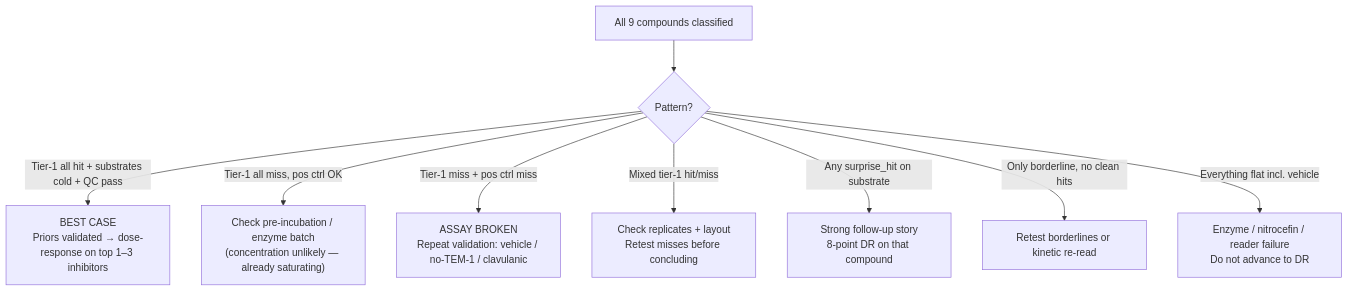
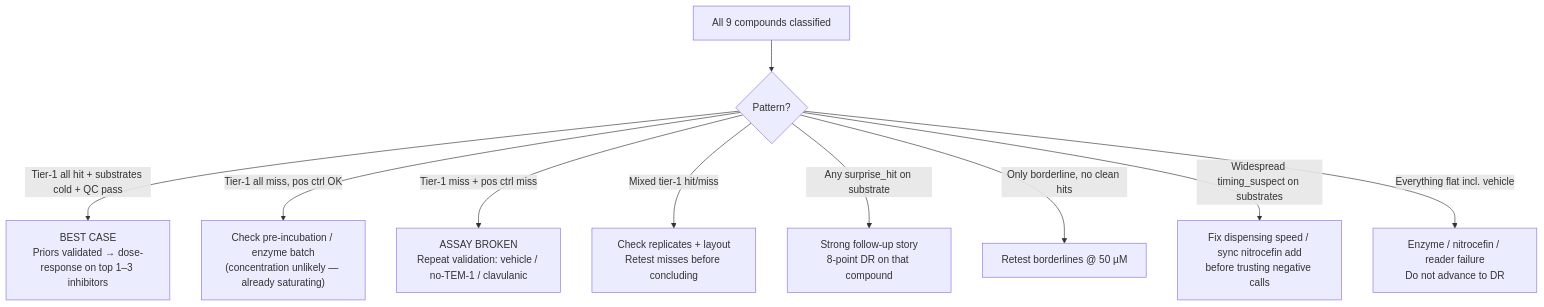
The seventh of 7 diagrams in pvjthomas/runs/2/v5/run2_decision_tree.md (pvjthomas/beta-loop), drawn with Mermaid before and after one commit. The commit also changed other lines of this file and 41 other files, not shown here.

````diff
--- a/pvjthomas/runs/2/v5/run2_decision_tree.md
+++ b/pvjthomas/runs/2/v5/run2_decision_tree.md
@@ -273,12 +365,13 @@
 ```mermaid
 flowchart TD
     DONE[All 9 compounds classified] --> O{Pattern?}
 
     O -->|Tier-1 all hit + substrates cold + QC pass| BEST["BEST CASE<br/>Priors validated → dose-response on top 1–3 inhibitors"]
     O -->|Tier-1 all miss, pos ctrl OK| CONC["Check pre-incubation / enzyme batch<br/>(concentration unlikely — already saturating)"]
     O -->|Tier-1 miss + pos ctrl miss| DEBUG["ASSAY BROKEN<br/>Repeat validation: vehicle / no-TEM-1 / clavulanic"]
     O -->|Mixed tier-1 hit/miss| MIX["Check replicates + layout<br/>Retest misses before concluding"]
     O -->|Any surprise_hit on substrate| SURP["Strong follow-up story<br/>8-point DR on that compound"]
-    O -->|Only borderline, no clean hits| RET["Retest borderlines or kinetic re-read"]
+    O -->|Only borderline, no clean hits| RET["Retest borderlines @ 50 µM"]
+    O -->|Widespread timing_suspect on substrates| STAG["Fix dispensing speed / sync nitrocefin add<br/>before trusting negative calls"]
     O -->|Everything flat incl. vehicle| DEAD["Enzyme / nitrocefin / reader failure<br/>Do not advance to DR"]
 ```
````
